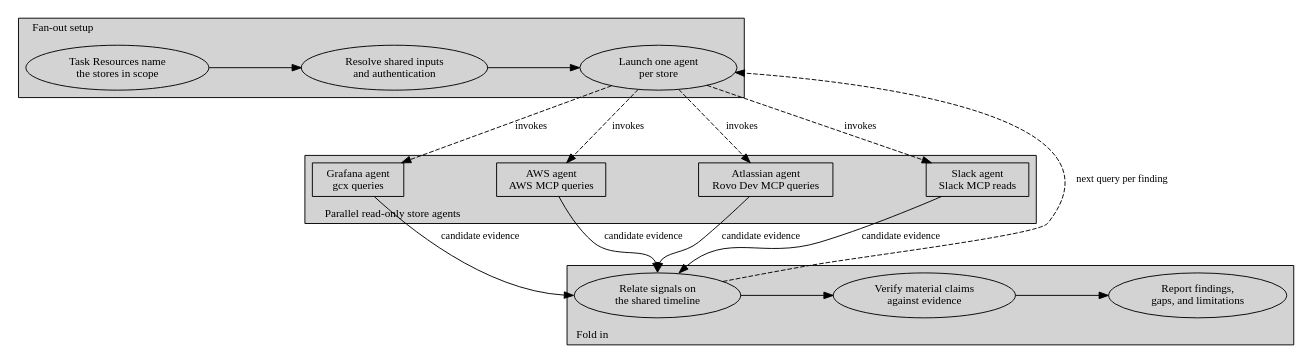
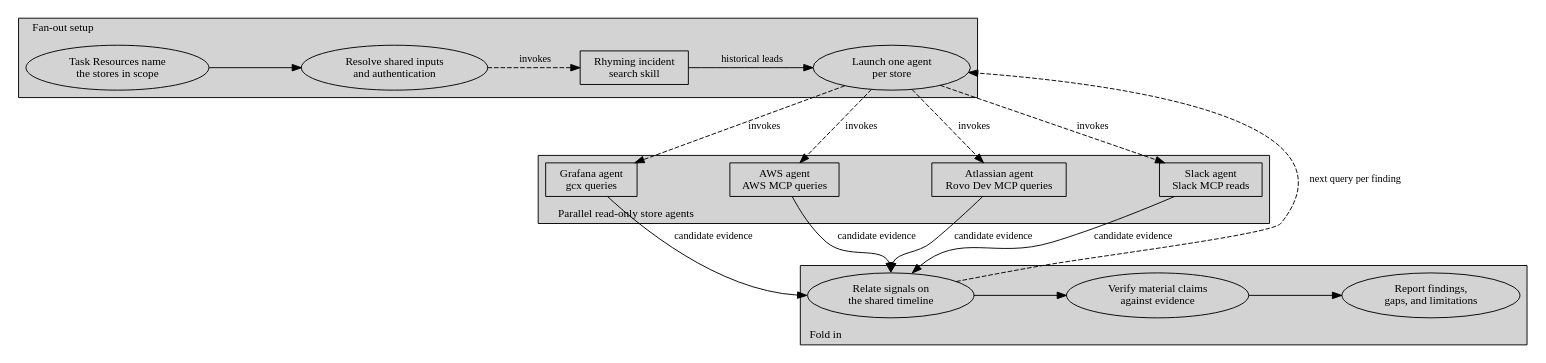
One commit to orenlion1/investigation-skills changed the diagram in diagrams/DIAGRAM-per-store-fan-out.dot. Above: the diagram before and after it, drawn with Graphviz. The commit also changed 16 other files, not shown here.

```diff
--- a/diagrams/DIAGRAM-per-store-fan-out.dot
+++ b/diagrams/DIAGRAM-per-store-fan-out.dot
@@ -1,47 +1,50 @@
 // Style reference: DIAGRAM-investigation-workflow.dot.
 // One canonical layout; render-workflow-diagram.sh supplies both palettes.
 digraph PerStoreFanOut {
   rankdir=TB; newrank=true; compound=true;
   graph [fontname="Trebuchet MS", fontsize=12, splines=true,
          nodesep=0.7, ranksep=0.9];
   node [fontname="Trebuchet MS", fontsize=12, style=filled, height=0.5];
   edge [fontname="Trebuchet MS", fontsize=11];
 
   subgraph cluster_setup {
     label="Fan-out setup"; labeljust=l; style=filled;
     scope [shape=oval, label="Task Resources name\nthe stores in scope"];
     resolve [shape=oval, label="Resolve shared inputs\nand authentication"];
+    rhyming [shape=box, label="Rhyming incident\nsearch skill"];
     launch [shape=oval, label="Launch one agent\nper store"];
-    { rank=same; scope; resolve; launch; }
-    scope -> resolve -> launch [weight=100];
+    { rank=same; scope; resolve; rhyming; launch; }
+    scope -> resolve [weight=100];
+    resolve -> rhyming [label="  invokes", style=dashed, weight=100];
+    rhyming -> launch [label="  historical leads", weight=100];
   }
 
   subgraph cluster_parallel {
     label="Parallel read-only store agents"; labeljust=l; labelloc=b; style=filled;
     gcx [shape=box, label="Grafana agent\ngcx queries"];
     aws [shape=box, label="AWS agent\nAWS MCP queries"];
     rovo [shape=box, label="Atlassian agent\nRovo Dev MCP queries"];
     slack [shape=box, label="Slack agent\nSlack MCP reads"];
     { rank=same; gcx; aws; rovo; slack; }
     gcx -> aws -> rovo -> slack [style=invis, weight=100];
   }
 
   subgraph cluster_fold {
     label="Fold in"; labeljust=l; labelloc=b; style=filled;
     relate [shape=oval, label="Relate signals on\nthe shared timeline"];
     verify [shape=oval, label="Verify material claims\nagainst evidence"];
     report [shape=oval, label="Report findings,\ngaps, and limitations"];
     { rank=same; relate; verify; report; }
     relate -> verify -> report [weight=100];
   }
 
   launch -> gcx [label="  invokes", style=dashed];
   launch -> aws [label="  invokes", style=dashed];
   launch -> rovo [label="  invokes", style=dashed];
   launch -> slack [label="  invokes", style=dashed];
   gcx -> relate [label="  candidate evidence", headport=w];
   aws -> relate [label="  candidate evidence", headport=n];
   rovo -> relate [label="  candidate evidence", headport=n];
   slack -> relate [label="  candidate evidence", headport=ne];
   relate -> launch [label="  next query per finding", style=dashed, constraint=false];
 }
```
